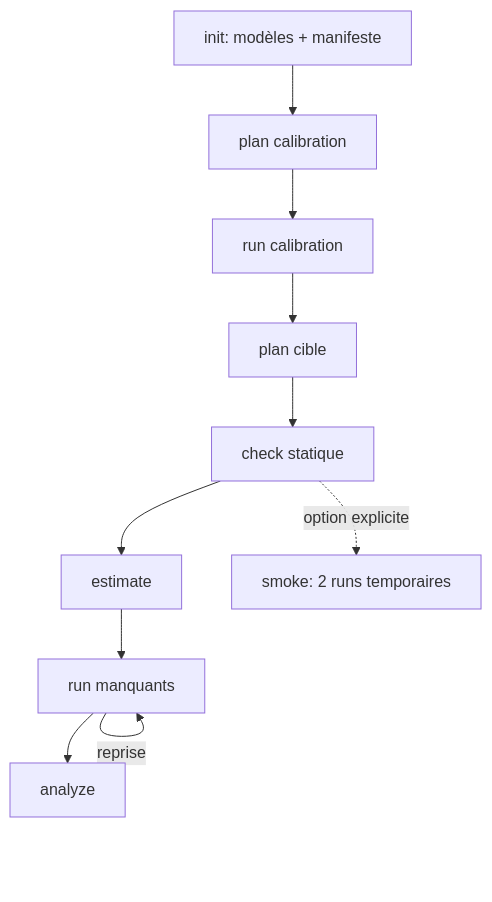
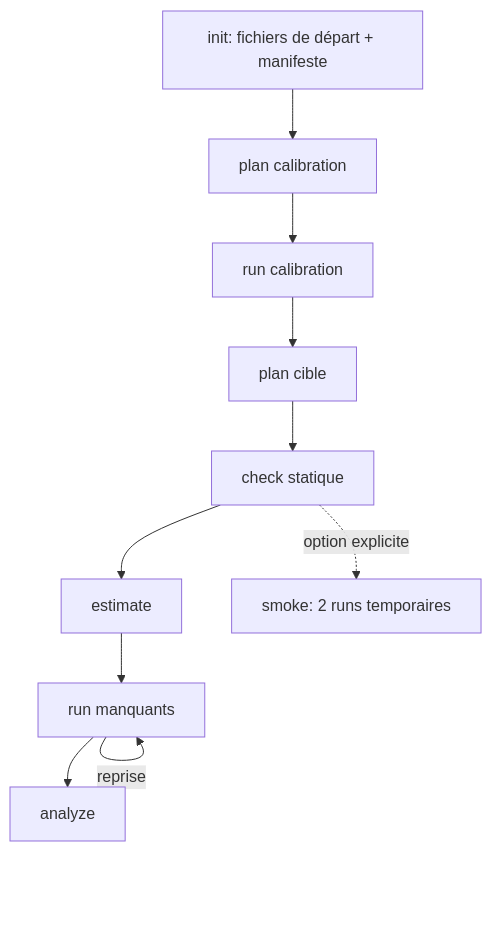
The diagram in docs-fr/workflow-and-results.md (abdoulrazac/eqasim-sa), drawn with Mermaid before and after one commit. The commit also changed other lines of this file and 18 other files, not shown here.

````diff
--- a/docs-fr/workflow-and-results.md
+++ b/docs-fr/workflow-and-results.md
@@ -7,12 +7,12 @@
 ```mermaid
 flowchart TD
-    I[init: modèles + manifeste] --> PC[plan calibration]
+    I[init: fichiers de départ + manifeste] --> PC[plan calibration]
     PC --> RC[run calibration]
     RC --> PT[plan cible]
     PT --> C[check statique]
     C --> E[estimate]
     E --> R[run manquants]
     R --> A[analyze]
     R -->|reprise| R
     C -. option explicite .-> S[smoke: 2 runs temporaires]
 ```
````
